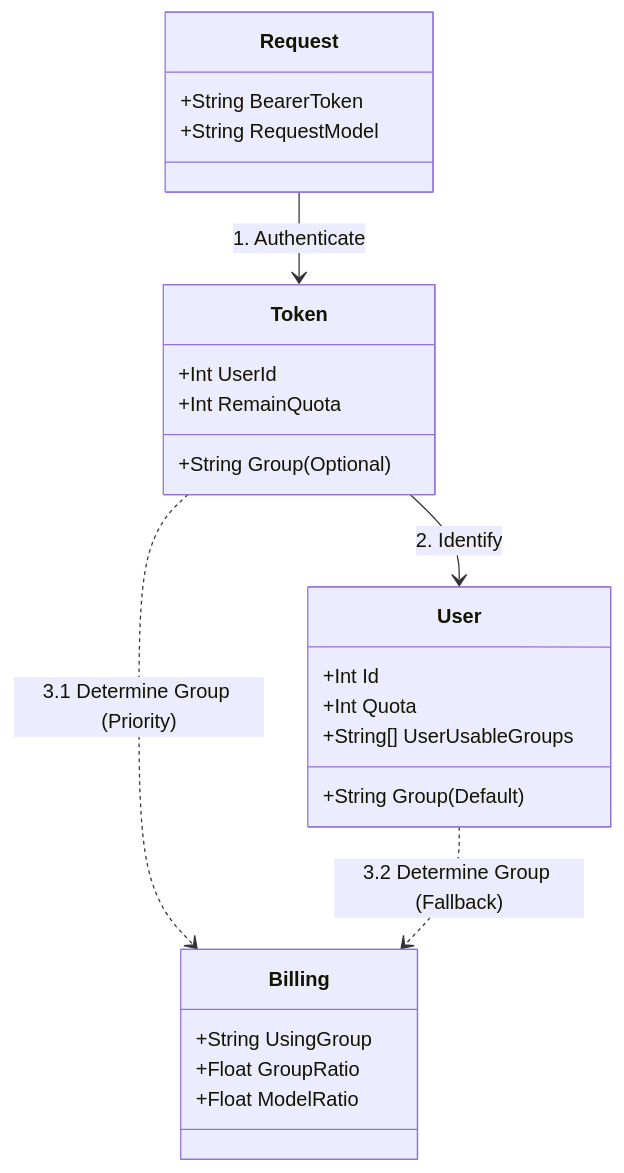
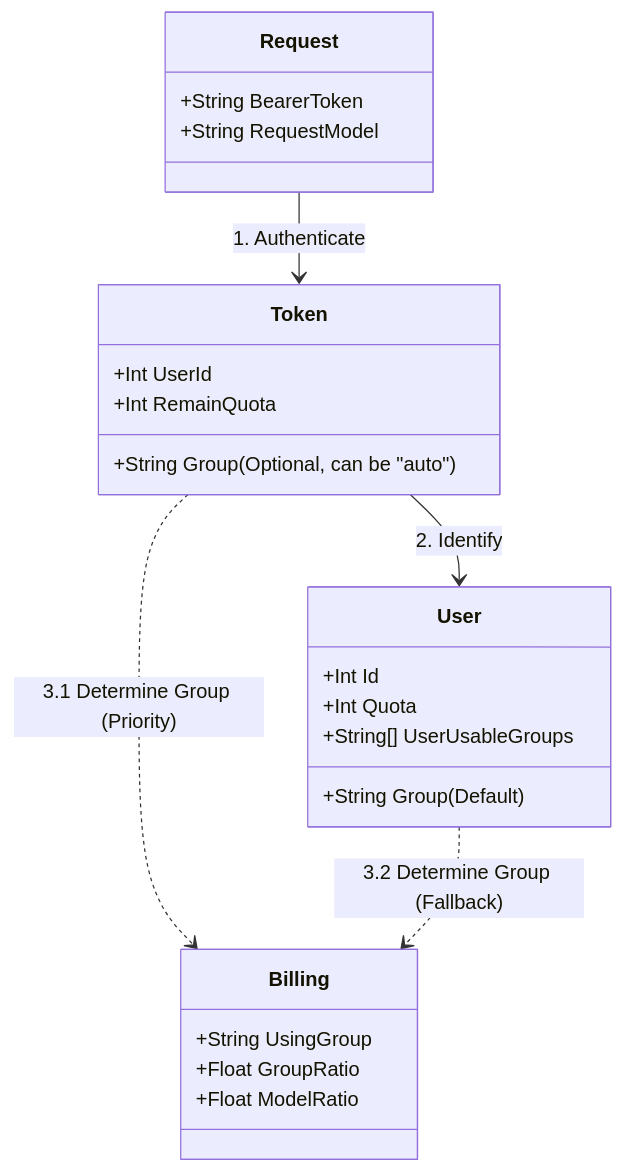
The fourth of 10 diagrams in docs/NewAPI-总体设计.md (WoolenWang/new-api), drawn with Mermaid before and after one commit. The commit also changed other lines of this file and 2 other files, not shown here.

````diff
--- a/docs/NewAPI-总体设计.md
+++ b/docs/NewAPI-总体设计.md
@@ -285,28 +286,28 @@
 ```mermaid
 classDiagram
     class Request {
         +String BearerToken
         +String RequestModel
     }
     class Token {
         +Int UserId
-        +String Group (Optional)
+        +String Group (Optional, can be "auto")
         +Int RemainQuota
     }
     class User {
         +Int Id
         +String Group (Default)
         +Int Quota
         +String[] UserUsableGroups
     }
     class Billing {
         +String UsingGroup
         +Float GroupRatio
         +Float ModelRatio
     }
 
     Request --> Token : 1. Authenticate
     Token --> User : 2. Identify
     Token ..> Billing : 3.1 Determine Group (Priority)
     User ..> Billing : 3.2 Determine Group (Fallback)
 ```
````
